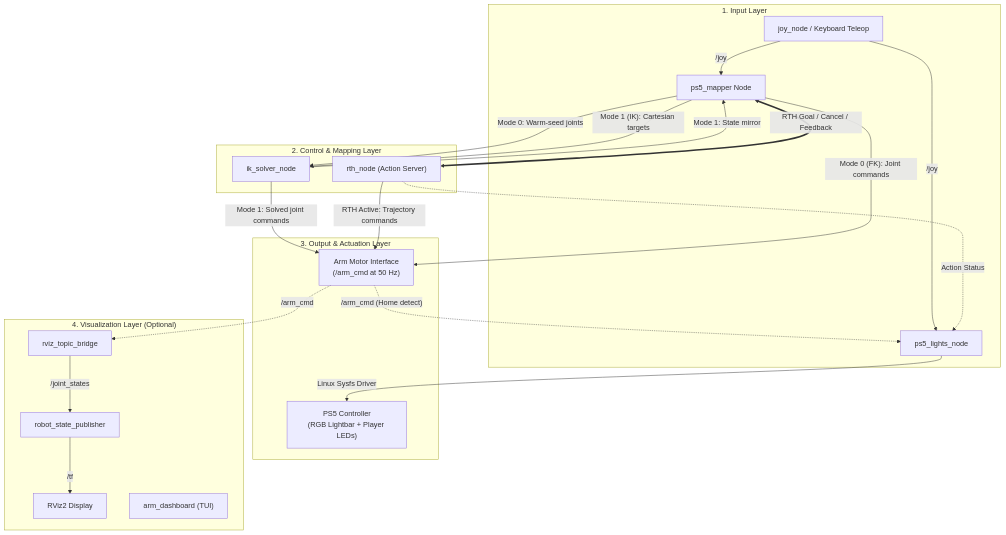
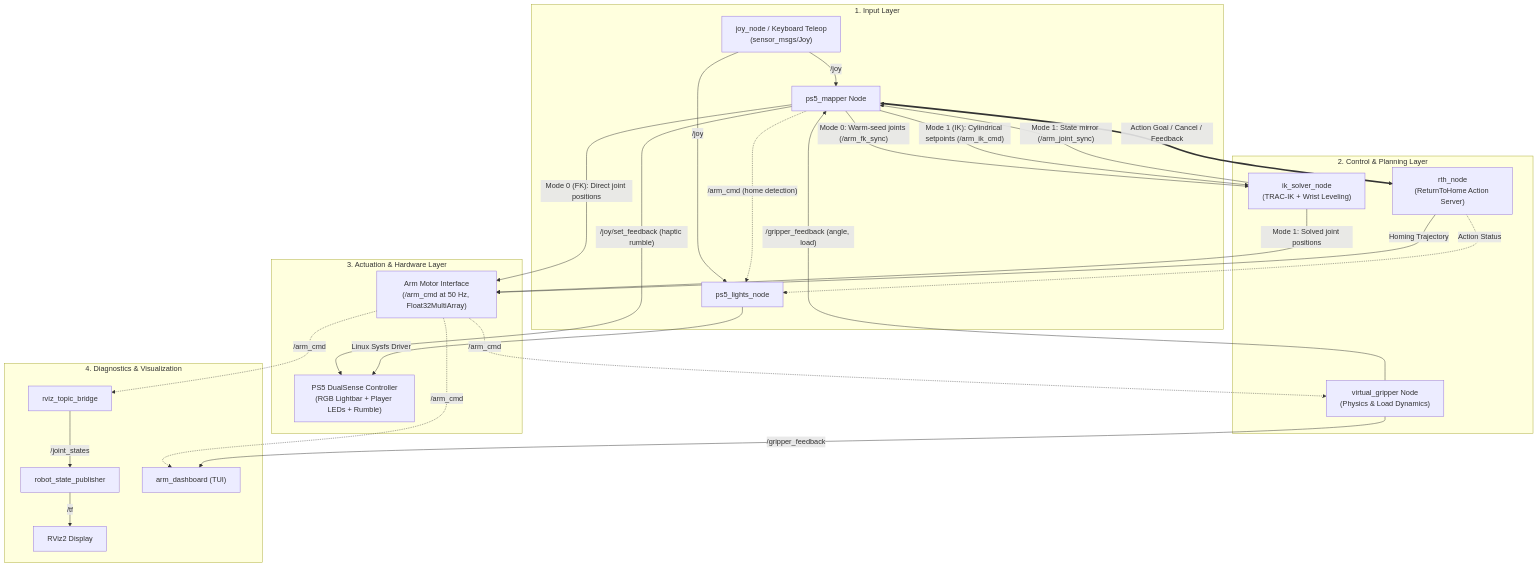
One commit to Project-Kratos-28/arm_high_level changed the diagram in README.md. Above: the diagram before and after it, drawn with Mermaid. The commit also changed other lines of this file, not shown here.

````diff
--- a/README.md
+++ b/README.md
@@ -110,38 +128,44 @@
 ```mermaid
 flowchart TD
     subgraph Inputs ["1. Input Layer"]
-        Joy["joy_node / Keyboard Teleop"] -->|"/joy"| Mapper["ps5_mapper Node"]
+        Joy["joy_node / Keyboard Teleop\n(sensor_msgs/Joy)"] -->|"/joy"| Mapper["ps5_mapper Node"]
         Joy -->|"/joy"| Lights["ps5_lights_node"]
     end
 
-    subgraph Decision ["2. Control & Mapping Layer"]
+    subgraph Decision ["2. Control & Planning Layer"]
         Mapper
         Lights
-        IKSolver["ik_solver_node"]
-        RTH["rth_node (Action Server)"]
+        IKSolver["ik_solver_node\n(TRAC-IK + Wrist Leveling)"]
+        RTH["rth_node\n(ReturnToHome Action Server)"]
+        GripperSim["virtual_gripper Node\n(Physics & Load Dynamics)"]
     end
 
-    subgraph Hardware ["3. Output & Actuation Layer"]
-        Motors["Arm Motor Interface\n(/arm_cmd at 50 Hz)"]
-        ControllerLEDs["PS5 Controller\n(RGB Lightbar + Player LEDs)"]
+    subgraph Actuation ["3. Actuation & Hardware Layer"]
+        Motors["Arm Motor Interface\n(/arm_cmd at 50 Hz, Float32MultiArray)"]
+        DualSenseHW["PS5 DualSense Controller\n(RGB Lightbar + Player LEDs + Rumble)"]
     end
 
-    subgraph Visual ["4. Visualization Layer (Optional)"]
+    subgraph Diagnostics ["4. Diagnostics & Visualization"]
         Bridge["rviz_topic_bridge"] -->|"/joint_states"| RSP["robot_state_publisher"]
         RSP -->|"/tf"| RViz["RViz2 Display"]
         Dash["arm_dashboard (TUI)"]
     end
 
     %% Routing
-    Mapper -->|"Mode 0 (FK): Joint commands"| Motors
-    Mapper -->|"Mode 0: Warm-seed joints"| IKSolver
-    Mapper -->|"Mode 1 (IK): Cartesian targets"| IKSolver
-    IKSolver -->|"Mode 1: Solved joint commands"| Motors
-    IKSolver -->|"Mode 1: State mirror"| Mapper
-    Mapper <==>|"RTH Goal / Cancel / Feedback"| RTH
-    RTH -->|"RTH Active: Trajectory commands"| Motors
+    Mapper -->|"Mode 0 (FK): Direct joint positions"| Motors
+    Mapper -->|"Mode 0: Warm-seed joints (/arm_fk_sync)"| IKSolver
+    Mapper -->|"Mode 1 (IK): Cylindrical setpoints (/arm_ik_cmd)"| IKSolver
+    IKSolver -->|"Mode 1: Solved joint positions"| Motors
+    IKSolver -->|"Mode 1: State mirror (/arm_joint_sync)"| Mapper
+    Mapper <==>|"Action Goal / Cancel / Feedback"| RTH
+    RTH -->|"Homing Trajectory"| Motors
     Motors -.->|"/arm_cmd"| Bridge
-    Motors -.->|"/arm_cmd (Home detect)"| Lights
+    Motors -.->|"/arm_cmd"| GripperSim
+    Motors -.->|"/arm_cmd"| Dash
+    GripperSim -->|"/gripper_feedback (angle, load)"| Mapper
+    GripperSim -->|"/gripper_feedback"| Dash
+    Mapper -->|"/joy/set_feedback (haptic rumble)"| DualSenseHW
+    Mapper -.->|"/arm_cmd (home detection)"| Lights
     RTH -.->|"Action Status"| Lights
-    Lights -->|"Linux Sysfs Driver"| ControllerLEDs
+    Lights -->|"Linux Sysfs Driver"| DualSenseHW
 ```
````
